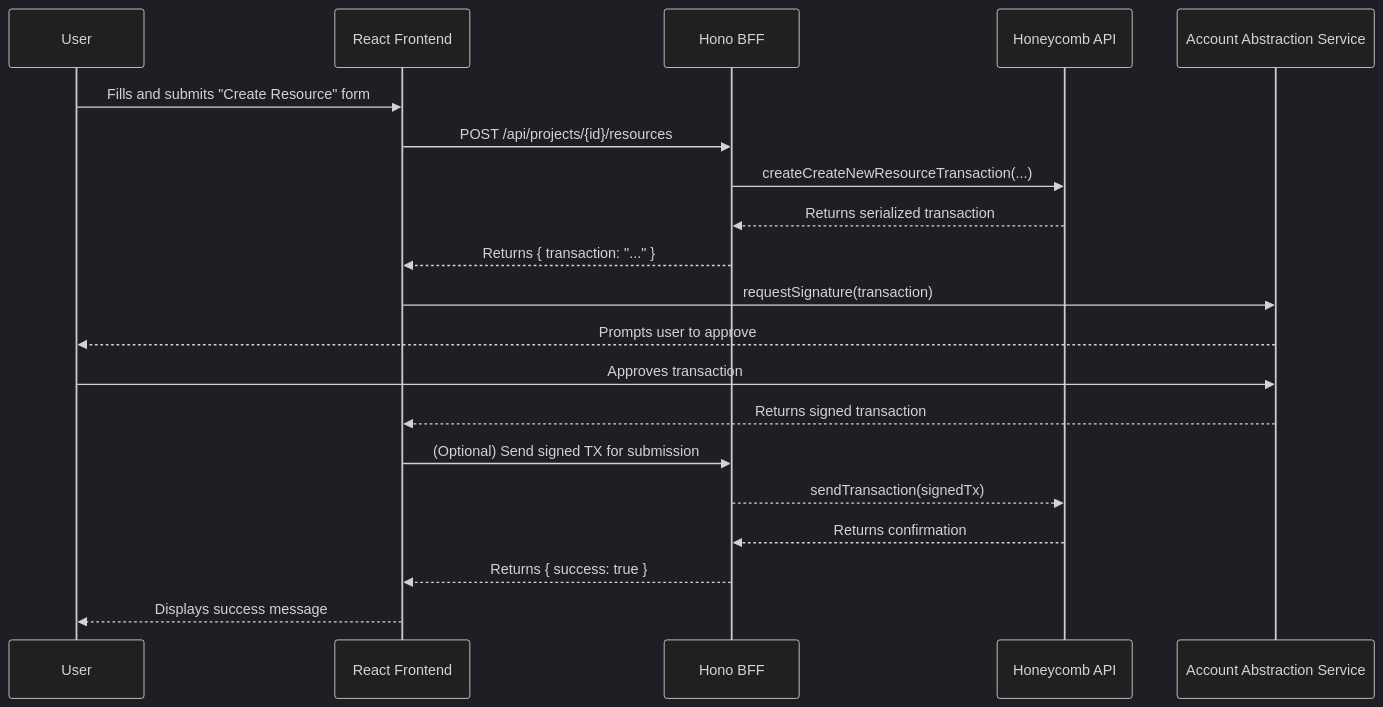
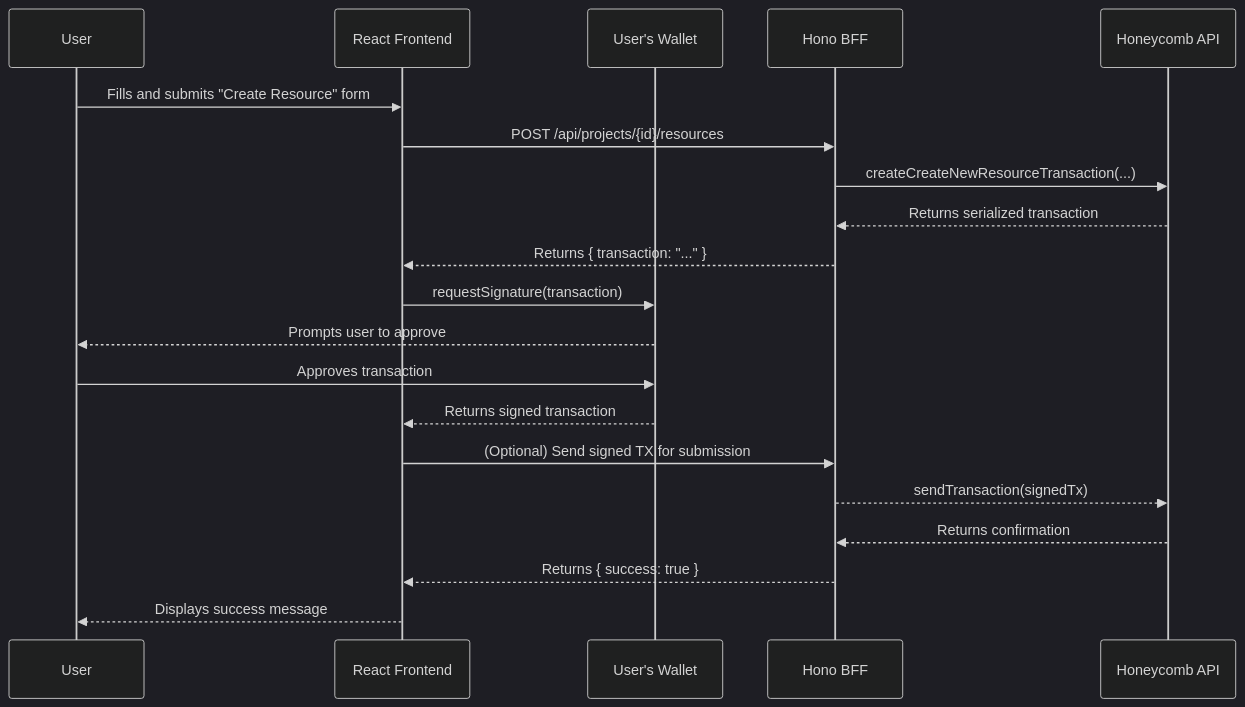
One commit to balojey/honeycomb-dashboard changed the diagram in docs/architecture/core-workflows.md. Above: the diagram before and after it, drawn with Mermaid (dark theme). The commit also changed 9 other files, not shown here.

````diff
--- a/docs/architecture/core-workflows.md
+++ b/docs/architecture/core-workflows.md
@@ -5,22 +5,23 @@
 ```mermaid
 sequenceDiagram
     participant User
     participant Frontend as React Frontend
+    participant Wallet as User's Wallet
     participant BFF as Hono BFF
     participant HPL_API as Honeycomb API
-    participant AAService as Account Abstraction Service
+
     User->>Frontend: Fills and submits "Create Resource" form
     Frontend->>BFF: POST /api/projects/{id}/resources
     BFF->>HPL_API: createCreateNewResourceTransaction(...)
     HPL_API-->>BFF: Returns serialized transaction
     BFF-->>Frontend: Returns { transaction: "..." }
-    Frontend->>AAService: requestSignature(transaction)
-    AAService-->>User: Prompts user to approve
-    User->>AAService: Approves transaction
-    AAService-->>Frontend: Returns signed transaction
+    Frontend->>Wallet: requestSignature(transaction)
+    Wallet-->>User: Prompts user to approve
+    User->>Wallet: Approves transaction
+    Wallet-->>Frontend: Returns signed transaction
     Frontend->>BFF: (Optional) Send signed TX for submission
     BFF-->>HPL_API: sendTransaction(signedTx)
     HPL_API-->>BFF: Returns confirmation
     BFF-->>Frontend: Returns { success: true }
     Frontend-->>User: Displays success message
 ```
````
